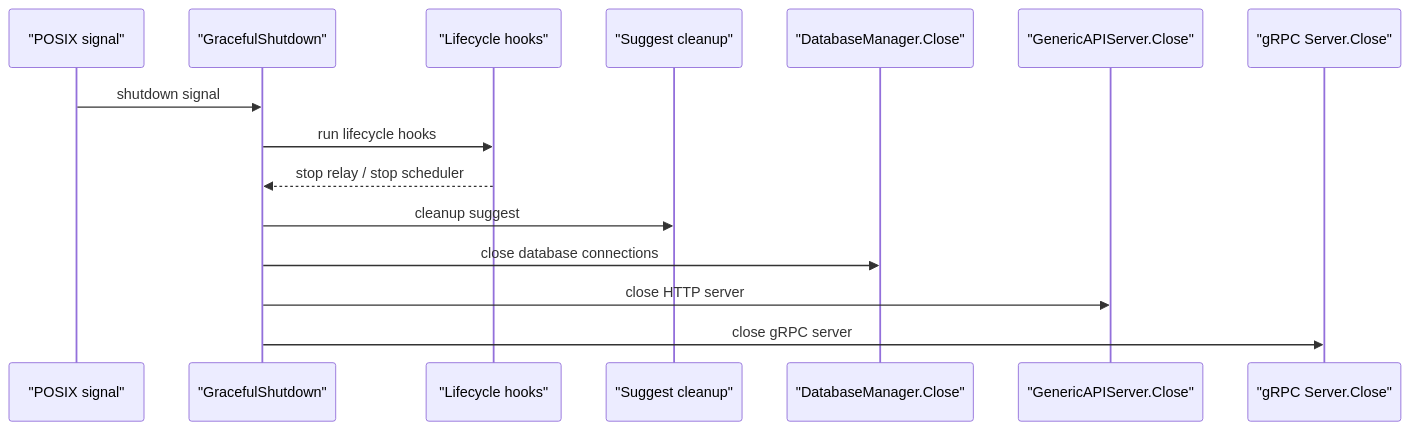
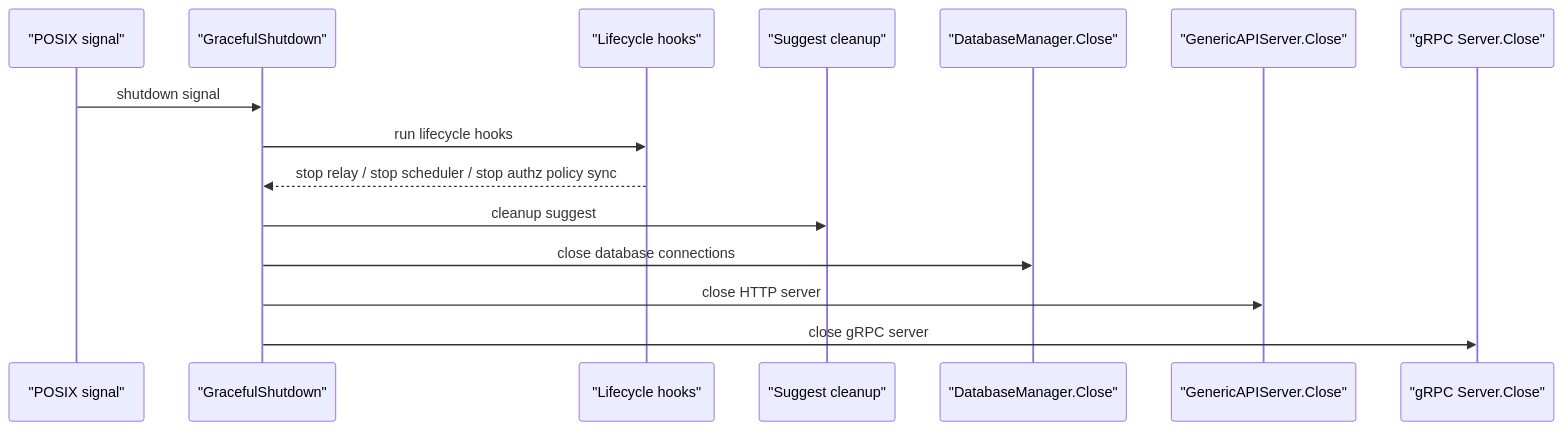
One commit to FangcunMount/iam changed the tenth of 11 diagrams in docs/01-运行时/01-服务入口与生命周期装配.md. Above: the diagram before and after it, drawn with Mermaid. The commit also changed other lines of this file and 5 other files, not shown here.

````diff
--- a/docs/01-运行时/01-服务入口与生命周期装配.md
+++ b/docs/01-运行时/01-服务入口与生命周期装配.md
@@ -735,18 +775,18 @@
 ```mermaid
 sequenceDiagram
     participant Signal as "POSIX signal"
     participant GS as "GracefulShutdown"
     participant Life as "Lifecycle hooks"
     participant Suggest as "Suggest cleanup"
     participant DB as "DatabaseManager.Close"
     participant HTTP as "GenericAPIServer.Close"
     participant GRPC as "gRPC Server.Close"
 
     Signal->>GS: shutdown signal
     GS->>Life: run lifecycle hooks
-    Life-->>GS: stop relay / stop scheduler
+    Life-->>GS: stop relay / stop scheduler / stop authz policy sync
     GS->>Suggest: cleanup suggest
     GS->>DB: close database connections
     GS->>HTTP: close HTTP server
     GS->>GRPC: close gRPC server
 ```
````
